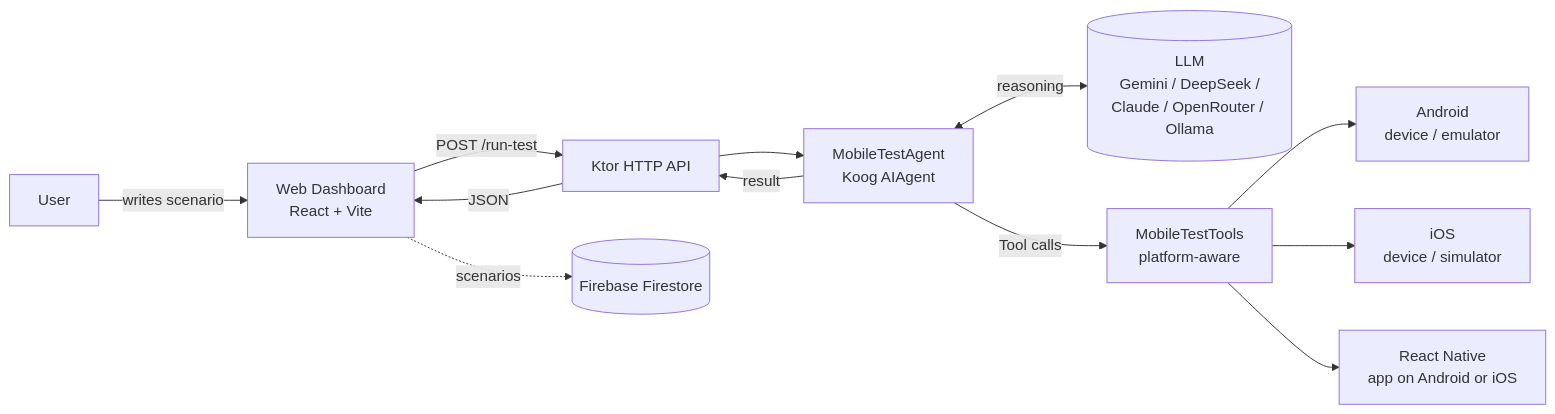
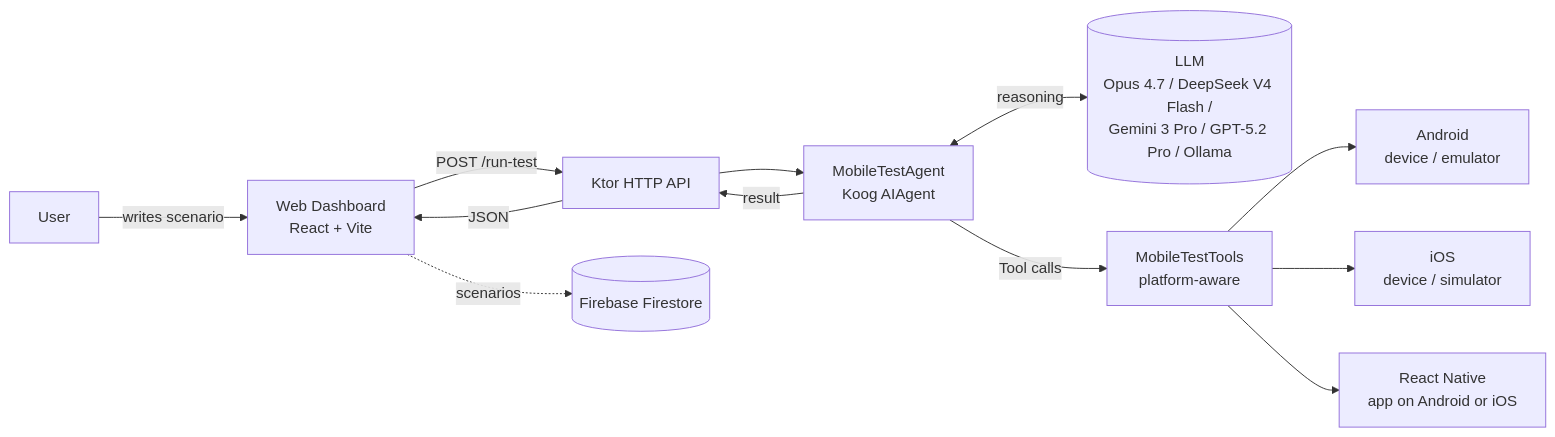
The diagram in docs/README.md (maikotrindade/mobile-tester-agent), drawn with Mermaid before and after one commit. The commit also changed other lines of this file and 14 other files, not shown here.

````diff
--- a/docs/README.md
+++ b/docs/README.md
@@ -33,14 +33,14 @@
 ```mermaid
 flowchart LR
     U[User] -->|writes scenario| FE[Web Dashboard<br/>React + Vite]
     FE -->|POST /run-test| API[Ktor HTTP API]
     API --> AGENT[MobileTestAgent<br/>Koog AIAgent]
-    AGENT <-->|reasoning| LLM[(LLM<br/>Gemini / DeepSeek /<br/>Claude / OpenRouter / Ollama)]
+    AGENT <-->|reasoning| LLM[(LLM<br/>Opus 4.7 / DeepSeek V4 Flash /<br/>Gemini 3 Pro / GPT-5.2 Pro / Ollama)]
     AGENT -->|Tool calls| TOOLS[MobileTestTools<br/>platform-aware]
     TOOLS --> AND[Android<br/>device / emulator]
     TOOLS --> IOS[iOS<br/>device / simulator]
     TOOLS --> RN[React Native<br/>app on Android or iOS]
     AGENT -->|result| API
     API -->|JSON| FE
     FE -.->|scenarios| FS[(Firebase Firestore)]
 ```
````
